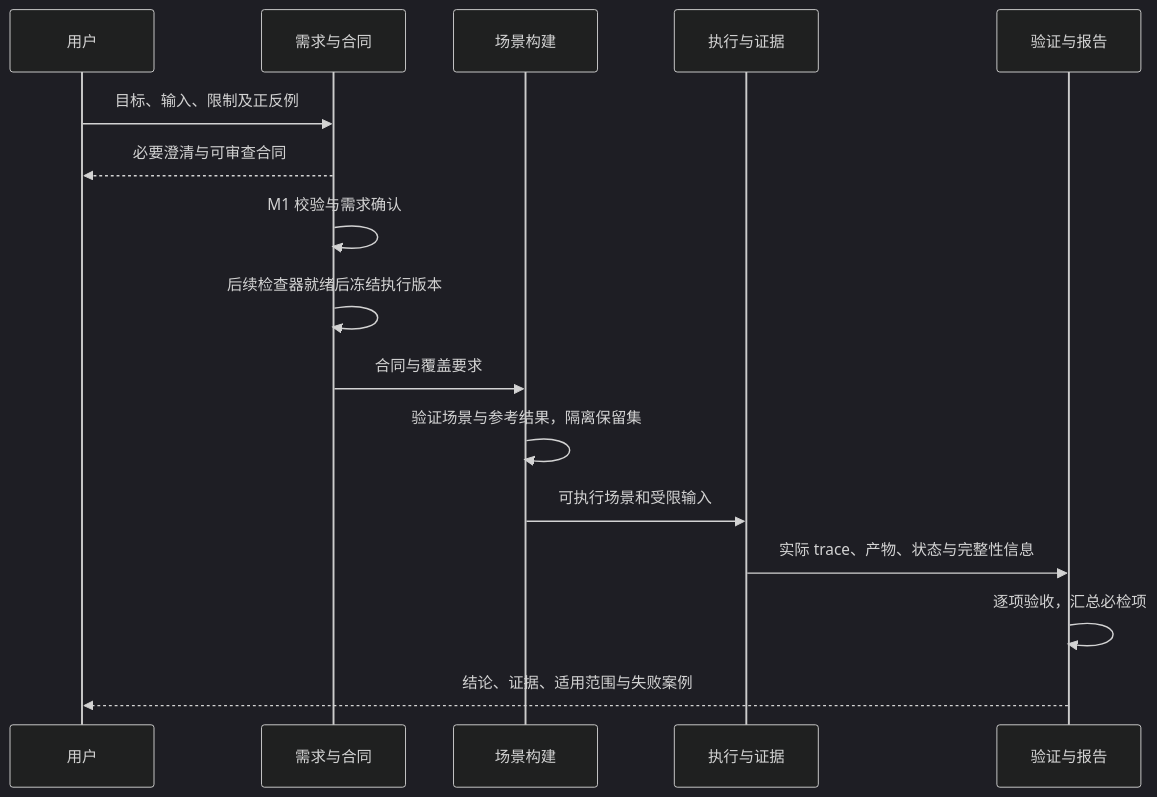
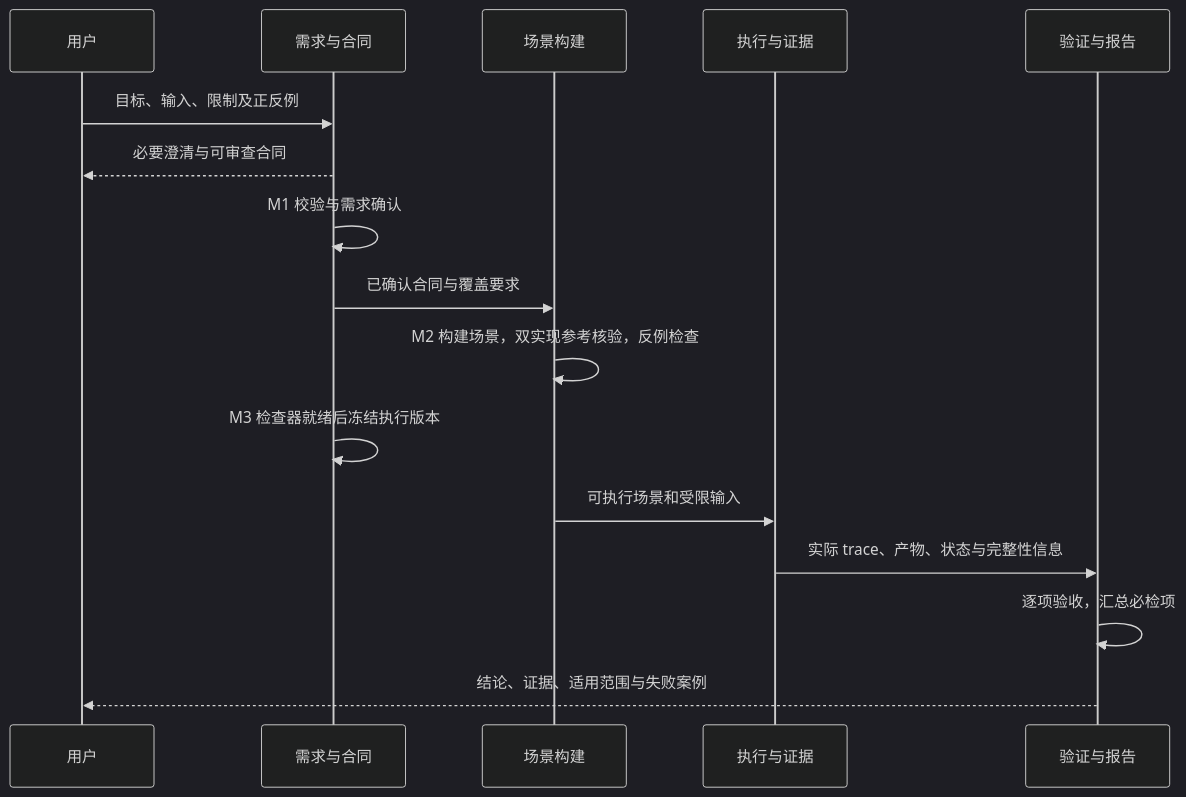
Before and after one commit to 2sao7sao/Lean-4-Agent-Eval: the diagram in docs/architecture.md, drawn with Mermaid (dark theme). The commit also changed other lines of this file and 18 other files, not shown here.

````diff
--- a/docs/architecture.md
+++ b/docs/architecture.md
@@ -26,18 +26,18 @@
 ```mermaid
 sequenceDiagram
     participant U as 用户
     participant S as 需求与合同
     participant C as 场景构建
     participant R as 执行与证据
     participant V as 验证与报告
     U->>S: 目标、输入、限制及正反例
     S-->>U: 必要澄清与可审查合同
     S->>S: M1 校验与需求确认
-    S->>S: 后续检查器就绪后冻结执行版本
-    S->>C: 合同与覆盖要求
-    C->>C: 验证场景与参考结果，隔离保留集
+    S->>C: 已确认合同与覆盖要求
+    C->>C: M2 构建场景，双实现参考核验，反例检查
+    S->>S: M3 检查器就绪后冻结执行版本
     C->>R: 可执行场景和受限输入
     R->>V: 实际 trace、产物、状态与完整性信息
     V->>V: 逐项验收，汇总必检项
     V-->>U: 结论、证据、适用范围与失败案例
 ```
````
